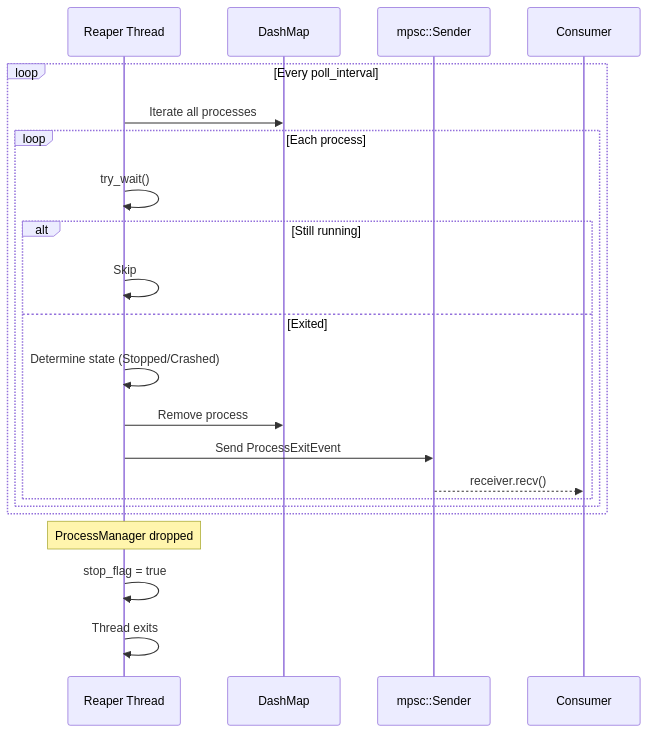
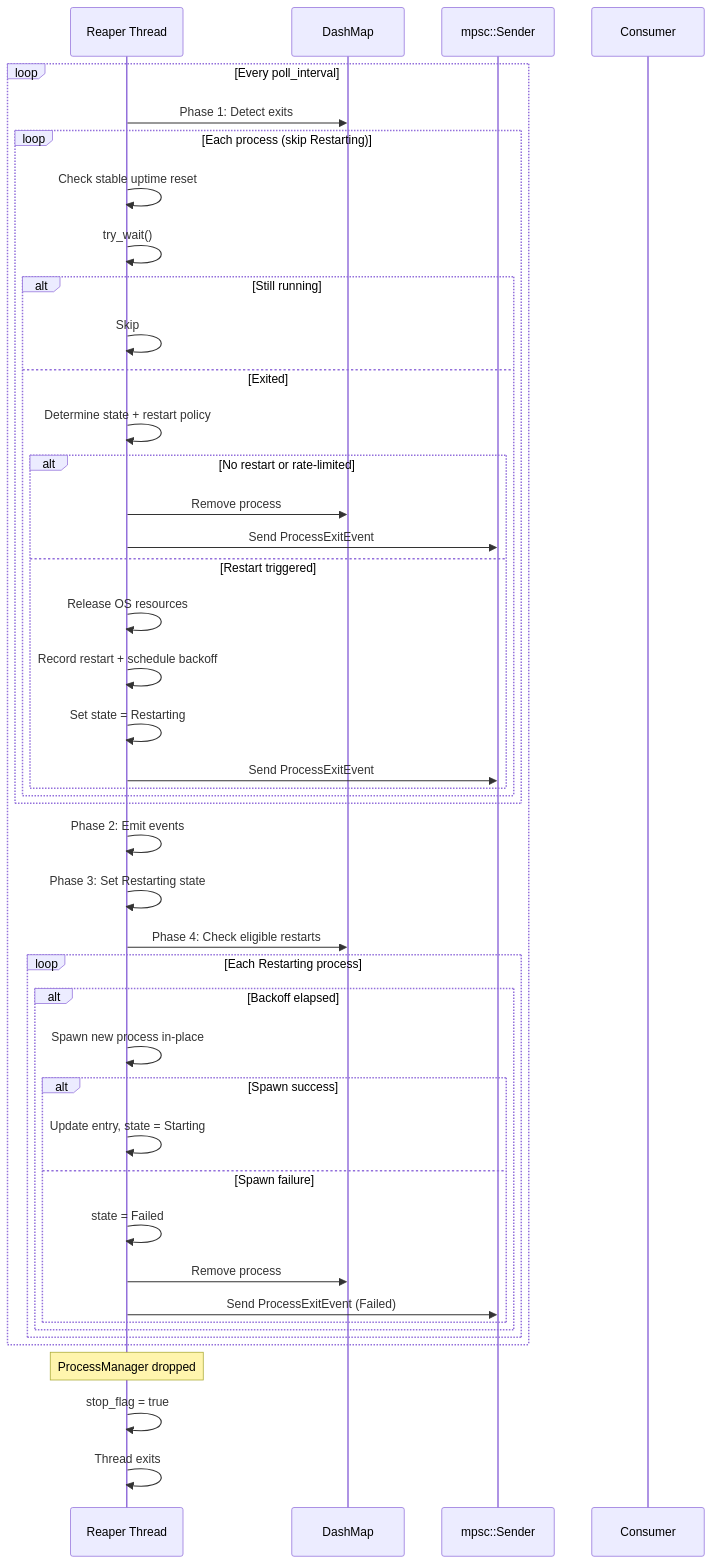
Before and after one commit to smearor/process-manager: the diagram in book/src/process/reaper.md, drawn with Mermaid. The commit also changed other lines of this file and 23 other files, not shown here.

Commit message:
Implemented restart rate limiting and exponential backoff

````diff
--- a/book/src/process/reaper.md
+++ b/book/src/process/reaper.md
@@ -16,26 +18,48 @@
 ```mermaid
 sequenceDiagram
     participant Reaper as Reaper Thread
     participant DashMap as DashMap
     participant Channel as mpsc::Sender
     participant Consumer as Consumer
 
     loop Every poll_interval
-        Reaper->>DashMap: Iterate all processes
-        loop Each process
+        Reaper->>DashMap: Phase 1: Detect exits
+        loop Each process (skip Restarting)
+            Reaper->>Reaper: Check stable uptime reset
             Reaper->>Reaper: try_wait()
             alt Still running
                 Reaper->>Reaper: Skip
             else Exited
-                Reaper->>Reaper: Determine state (Stopped/Crashed)
-                Reaper->>DashMap: Remove process
-                Reaper->>Channel: Send ProcessExitEvent
-                Channel-->>Consumer: receiver.recv()
+                Reaper->>Reaper: Determine state + restart policy
+                alt No restart or rate-limited
+                    Reaper->>DashMap: Remove process
+                    Reaper->>Channel: Send ProcessExitEvent
+                else Restart triggered
+                    Reaper->>Reaper: Release OS resources
+                    Reaper->>Reaper: Record restart + schedule backoff
+                    Reaper->>Reaper: Set state = Restarting
+                    Reaper->>Channel: Send ProcessExitEvent
+                end
+            end
+        end
+        Reaper->>Reaper: Phase 2: Emit events
+        Reaper->>Reaper: Phase 3: Set Restarting state
+        Reaper->>DashMap: Phase 4: Check eligible restarts
+        loop Each Restarting process
+            alt Backoff elapsed
+                Reaper->>Reaper: Spawn new process in-place
+                alt Spawn success
+                    Reaper->>Reaper: Update entry, state = Starting
+                else Spawn failure
+                    Reaper->>Reaper: state = Failed
+                    Reaper->>DashMap: Remove process
+                    Reaper->>Channel: Send ProcessExitEvent (Failed)
+                end
             end
         end
     end
     
     Note over Reaper: ProcessManager dropped
     Reaper->>Reaper: stop_flag = true
     Reaper->>Reaper: Thread exits
 ```
````
